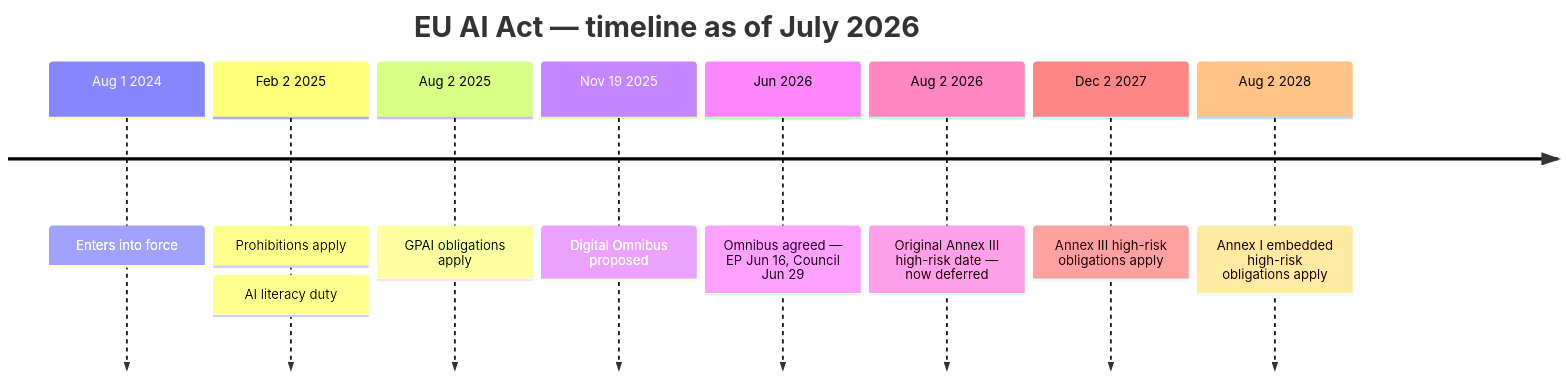
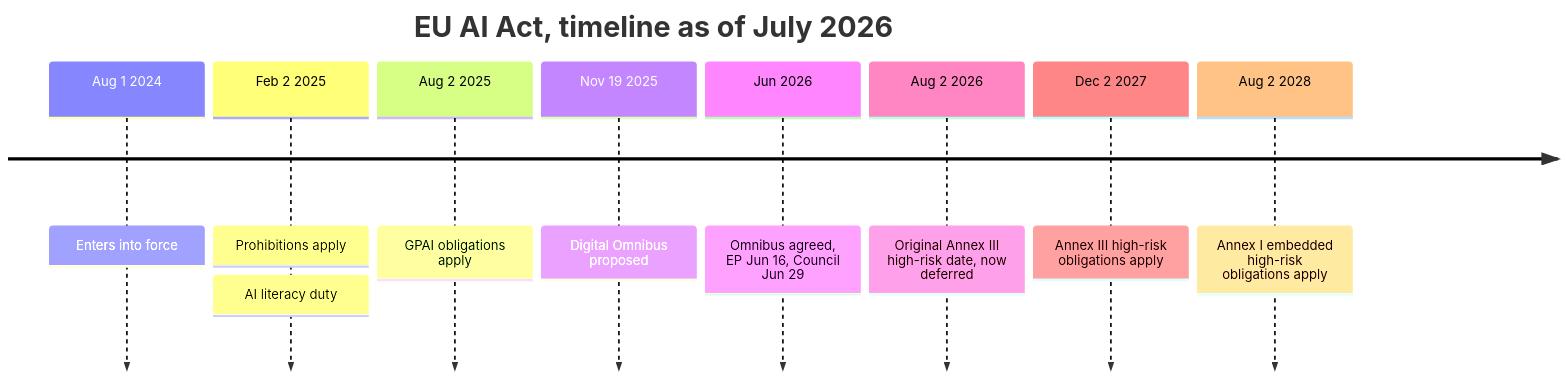
Before and after one commit to sugirdadinakar/AI-for-Product-Managers: the first of 3 diagrams in 09-resources/regulation-and-governance.md, drawn with Mermaid. The commit also changed other lines of this file and 59 other files, not shown here.

````diff
--- a/09-resources/regulation-and-governance.md
+++ b/09-resources/regulation-and-governance.md
@@ -13,12 +13,12 @@
 ```mermaid
 timeline
-    title EU AI Act — timeline as of July 2026
+    title EU AI Act, timeline as of July 2026
     Aug 1 2024 : Enters into force
     Feb 2 2025 : Prohibitions apply : AI literacy duty
     Aug 2 2025 : GPAI obligations apply
     Nov 19 2025 : Digital Omnibus proposed
-    Jun 2026 : Omnibus agreed — EP Jun 16, Council Jun 29
-    Aug 2 2026 : Original Annex III high-risk date — now deferred
+    Jun 2026 : Omnibus agreed, EP Jun 16, Council Jun 29
+    Aug 2 2026 : Original Annex III high-risk date, now deferred
     Dec 2 2027 : Annex III high-risk obligations apply
     Aug 2 2028 : Annex I embedded high-risk obligations apply
 ```
````
